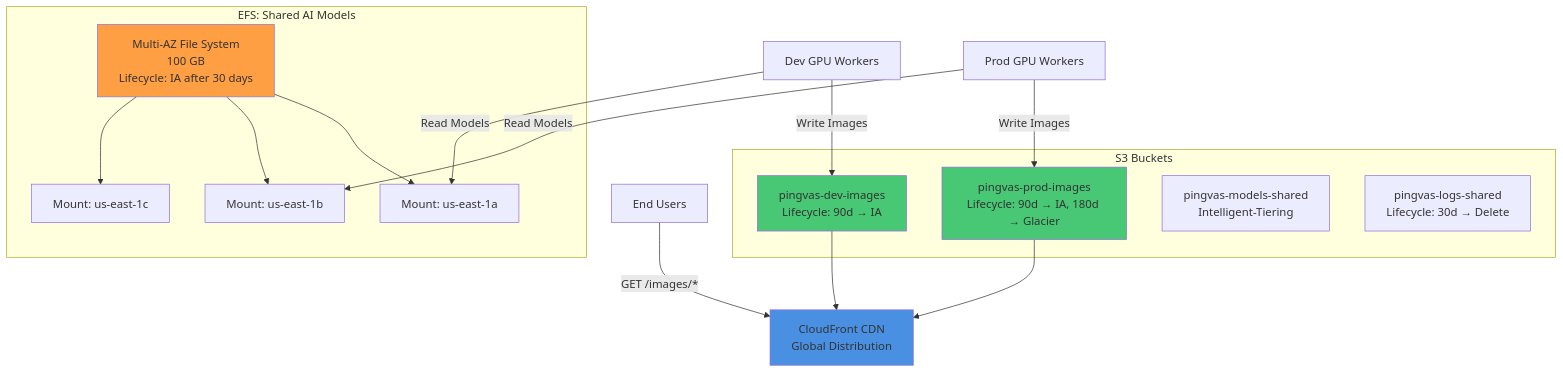
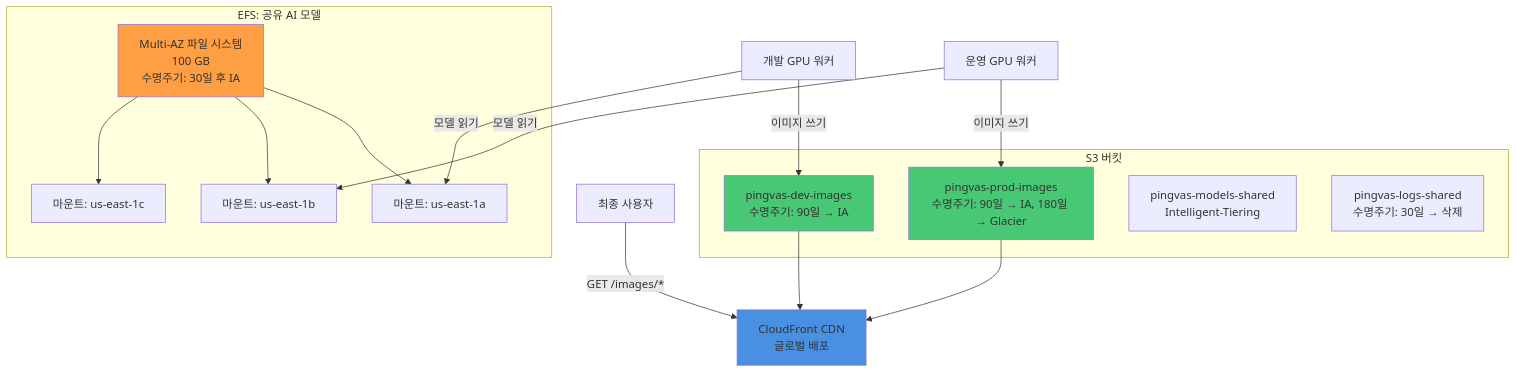
The ninth of 15 diagrams in docs/final-architecture/01-aws-architecture-diagram.md (Pinksea-AI/InvokeAI), drawn with Mermaid before and after one commit. The commit also changed other lines of this file, not shown here.

First line of the commit message:
docs: AWS 아키텍처 다이어그램 문서를 한글로 번역

````diff
--- a/docs/final-architecture/01-aws-architecture-diagram.md
+++ b/docs/final-architecture/01-aws-architecture-diagram.md
@@ -421,39 +421,39 @@
 ```mermaid
 graph TB
-    subgraph EFS[EFS: Shared AI Models]
-        EFSVolume[Multi-AZ File System<br/>100 GB<br/>Lifecycle: IA after 30 days]
+    subgraph EFS[EFS: 공유 AI 모델]
+        EFSVolume[Multi-AZ 파일 시스템<br/>100 GB<br/>수명주기: 30일 후 IA]
 
-        Mount1[Mount: us-east-1a]
-        Mount2[Mount: us-east-1b]
-        Mount3[Mount: us-east-1c]
+        Mount1[마운트: us-east-1a]
+        Mount2[마운트: us-east-1b]
+        Mount3[마운트: us-east-1c]
 
         EFSVolume --> Mount1
         EFSVolume --> Mount2
         EFSVolume --> Mount3
     end
 
-    subgraph S3[S3 Buckets]
-        S3Dev[pingvas-dev-images<br/>Lifecycle: 90d → IA]
-        S3Prod[pingvas-prod-images<br/>Lifecycle: 90d → IA, 180d → Glacier]
+    subgraph S3[S3 버킷]
+        S3Dev[pingvas-dev-images<br/>수명주기: 90일 → IA]
+        S3Prod[pingvas-prod-images<br/>수명주기: 90일 → IA, 180일 → Glacier]
         S3Models[pingvas-models-shared<br/>Intelligent-Tiering]
-        S3Logs[pingvas-logs-shared<br/>Lifecycle: 30d → Delete]
+        S3Logs[pingvas-logs-shared<br/>수명주기: 30일 → 삭제]
     end
 
-    DevWorkers[Dev GPU Workers] -->|Read Models| Mount1
-    ProdWorkers[Prod GPU Workers] -->|Read Models| Mount2
+    DevWorkers[개발 GPU 워커] -->|모델 읽기| Mount1
+    ProdWorkers[운영 GPU 워커] -->|모델 읽기| Mount2
 
-    DevWorkers -->|Write Images| S3Dev
-    ProdWorkers -->|Write Images| S3Prod
+    DevWorkers -->|이미지 쓰기| S3Dev
+    ProdWorkers -->|이미지 쓰기| S3Prod
 
-    CF[CloudFront CDN<br/>Global Distribution]
+    CF[CloudFront CDN<br/>글로벌 배포]
 
     S3Dev --> CF
     S3Prod --> CF
 
-    Users[End Users] -->|GET /images/*| CF
+    Users[최종 사용자] -->|GET /images/*| CF
 
     style EFSVolume fill:#FF9F43
     style S3Dev fill:#48C774
     style S3Prod fill:#48C774
     style CF fill:#4A90E2
 ```
````
